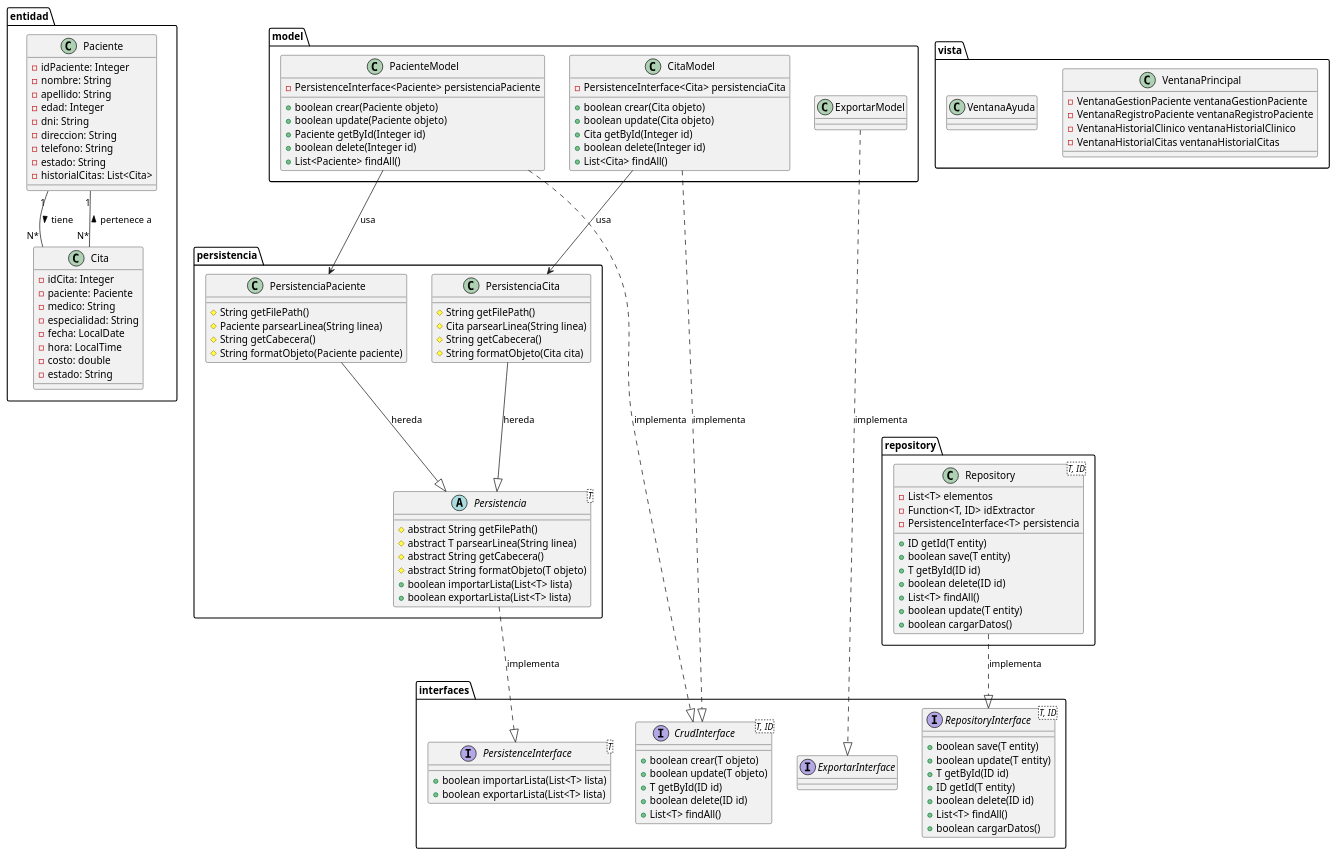
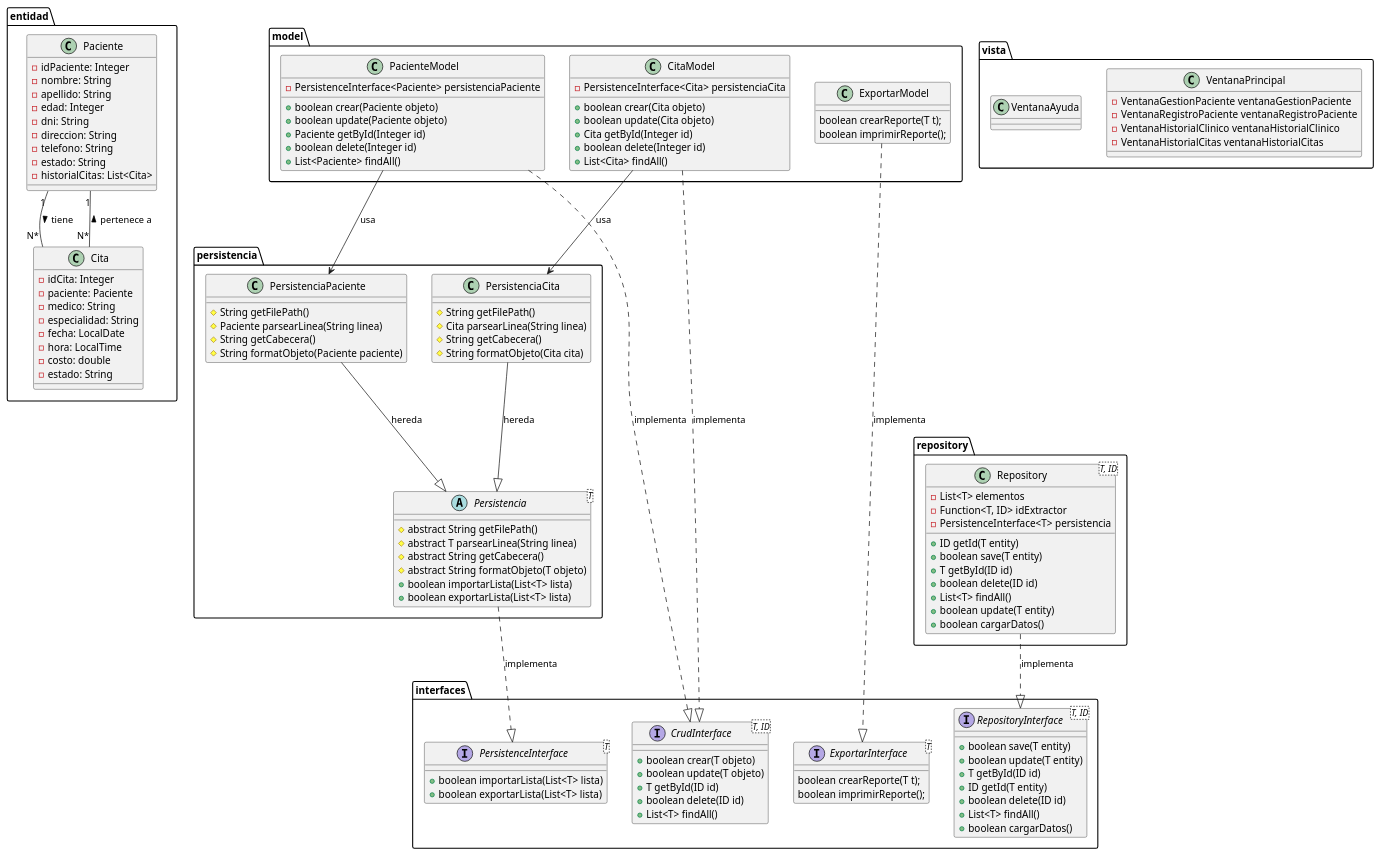
Before and after one commit to Elias2049J/sistema-gestion-clinica: the diagram in src/main/java/org/sistema/Diagrama.puml, drawn with PlantUML. The commit also changed 24 other files, not shown here.

```diff
--- a/src/main/java/org/sistema/Diagrama.puml
+++ b/src/main/java/org/sistema/Diagrama.puml
@@ -1,147 +1,151 @@
 @startuml
 'https://plantuml.com/class-diagram
 
 package "entidad" {
     class Paciente {
         - idPaciente: Integer
         - nombre: String
         - apellido: String
         - edad: Integer
         - dni: String
         - direccion: String
         - telefono: String
         - estado: String
         - historialCitas: List<Cita>
     }
 
     class Cita {
         - idCita: Integer
         - paciente: Paciente
         - medico: String
         - especialidad: String
         - fecha: LocalDate
         - hora: LocalTime
         - costo: double
         - estado: String
     }
 }
 
 package "interfaces" {
     interface CrudInterface<T, ID> {
         + boolean crear(T objeto)
         + boolean update(T objeto)
         + T getById(ID id)
         + boolean delete(ID id)
         + List<T> findAll()
     }
 
     interface PersistenceInterface<T> {
         + boolean importarLista(List<T> lista)
         + boolean exportarLista(List<T> lista)
     }
 
     interface RepositoryInterface<T, ID> {
         + boolean save(T entity)
         + boolean update(T entity)
         + T getById(ID id)
         + ID getId(T entity)
         + boolean delete(ID id)
         + List<T> findAll()
         + boolean cargarDatos()
     }
 
-    interface ExportarInterface {
+    interface ExportarInterface<T> {
+    boolean crearReporte(T t);
+    boolean imprimirReporte();
     }
 }
 
 package "persistencia" {
     abstract class Persistencia<T> {
         # abstract String getFilePath()
         # abstract T parsearLinea(String linea)
         # abstract String getCabecera()
         # abstract String formatObjeto(T objeto)
         + boolean importarLista(List<T> lista)
         + boolean exportarLista(List<T> lista)
     }
 
     class PersistenciaPaciente {
         # String getFilePath()
         # Paciente parsearLinea(String linea)
         # String getCabecera()
         # String formatObjeto(Paciente paciente)
     }
 
     class PersistenciaCita {
         # String getFilePath()
         # Cita parsearLinea(String linea)
         # String getCabecera()
         # String formatObjeto(Cita cita)
     }
 }
 
 package "repository" {
     class Repository<T, ID> {
         - List<T> elementos
         - Function<T, ID> idExtractor
         - PersistenceInterface<T> persistencia
         + ID getId(T entity)
         + boolean save(T entity)
         + T getById(ID id)
         + boolean delete(ID id)
         + List<T> findAll()
         + boolean update(T entity)
         + boolean cargarDatos()
     }
 }
 
 package "model" {
     class PacienteModel {
         - PersistenceInterface<Paciente> persistenciaPaciente
         + boolean crear(Paciente objeto)
         + boolean update(Paciente objeto)
         + Paciente getById(Integer id)
         + boolean delete(Integer id)
         + List<Paciente> findAll()
     }
 
     class CitaModel {
         - PersistenceInterface<Cita> persistenciaCita
         + boolean crear(Cita objeto)
         + boolean update(Cita objeto)
         + Cita getById(Integer id)
         + boolean delete(Integer id)
         + List<Cita> findAll()
     }
 
     class ExportarModel {
+    boolean crearReporte(T t);
+    boolean imprimirReporte();
     }
 }
 
 package "vista" {
     class VentanaPrincipal {
         - VentanaGestionPaciente ventanaGestionPaciente
         - VentanaRegistroPaciente ventanaRegistroPaciente
         - VentanaHistorialClinico ventanaHistorialClinico
         - VentanaHistorialCitas ventanaHistorialCitas
     }
 
     class VentanaAyuda {
     }
 }
 
 Paciente "1" -- "N*" Cita : tiene >
 Cita "N*" -- "1" Paciente : pertenece a >
 
 Persistencia ..|> PersistenceInterface : implementa
 PersistenciaPaciente --|> Persistencia : hereda
 PersistenciaCita --|> Persistencia : hereda
 
 Repository ..|> RepositoryInterface : implementa
 PacienteModel ..|> CrudInterface : implementa
 CitaModel ..|> CrudInterface : implementa
 ExportarModel ..|> ExportarInterface : implementa
 
 PacienteModel --> PersistenciaPaciente : usa
 CitaModel --> PersistenciaCita : usa
 
 @enduml
```
